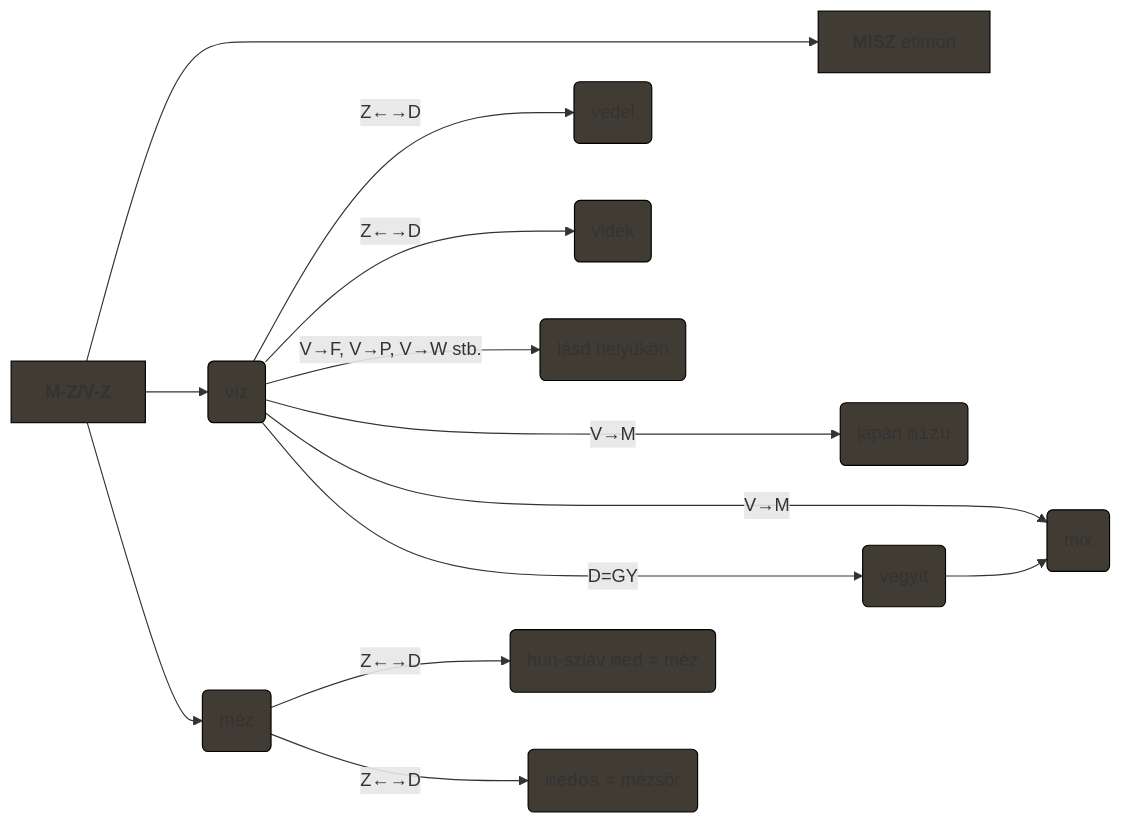
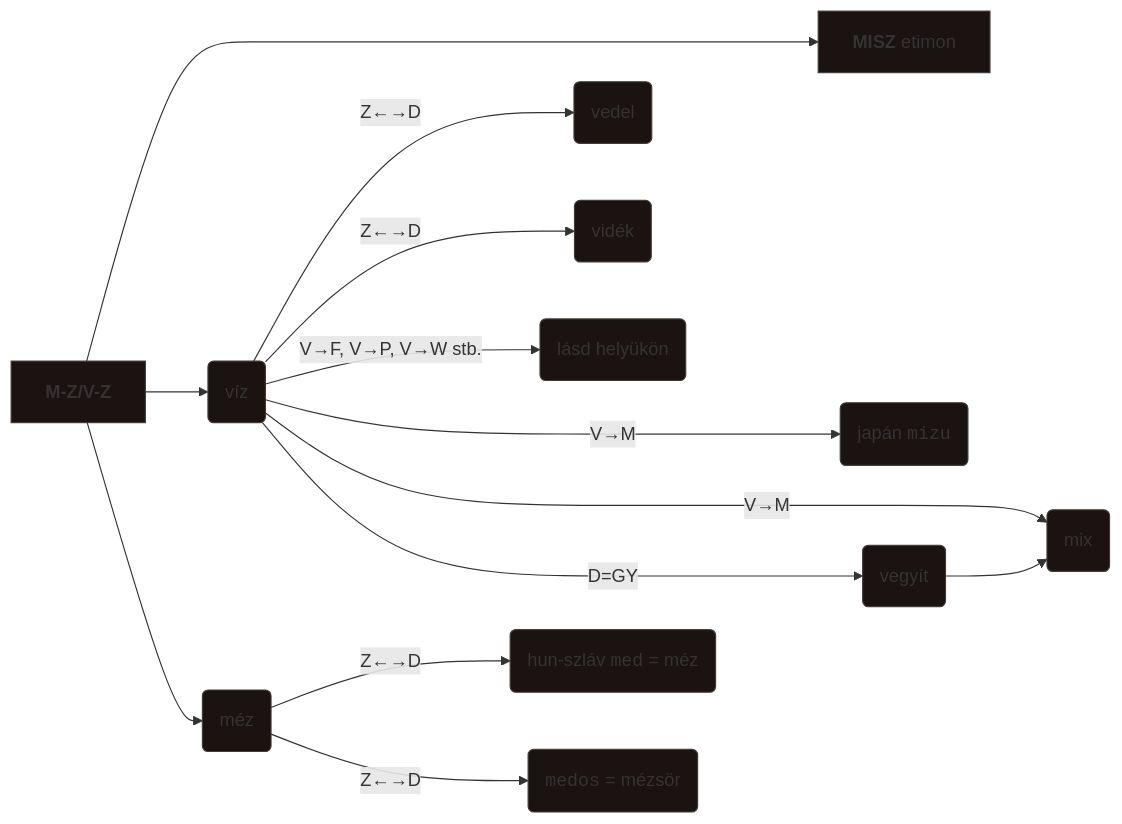
Before and after one commit to zanodor/TUDDASSTTARR: the diagram in src/site/notes/M/Méz.md, drawn with Mermaid.

Commit message:
Update content src/site/notes/M/Méz.md

````diff
--- a/src/site/notes/M/Méz.md
+++ b/src/site/notes/M/Méz.md
@@ -15,25 +15,25 @@
 ```mermaid
 flowchart LR
 head["<b>M-Z/V-Z</b>"]
 lvl2_0["<b>MISZ</b> etimon"]
 lvl2_a("víz")
 lvl2_b("méz")
 lvl3_a("vedel")
 lvl3_b("vidék")
 lvl3_c("hun-szláv <code>med</code> = méz")
 lvl3_d("<code>medos</code> = mézsör")
 
 head ----> lvl2_0
 head --> lvl2_a & lvl2_b
 lvl2_a -- "Z←→D" -->  lvl3_a & lvl3_b
 lvl2_a -- "V→F, V→P, V→W stb." -->  lvl3_x("lásd helyükön")
 lvl2_b -- "Z←→D" -->  lvl3_c & lvl3_d
 lvl2_a -- "V→M" ---> lvl3_e("japán <code>mizu</code>")
 lvl2_a -- "V→M" ---> lvl3_f("mix")
 lvl2_a -- "D=GY" ---> lvl3_g("vegyít")
 lvl3_g --> lvl3_f
 
-classDef fillStyle fill:#403c34,stroke:#000000,stroke-width:1px,stroke-dasharray: 0;
+classDef fillStyle fill:#1b1212,stroke:#403c34,stroke-width:1px,stroke-dasharray: 0;
 class head,lvl2_0,lvl2_a,lvl2_b,lvl3_a,lvl3_b,lvl3_c,lvl3_d,lvl3_e,lvl3_f,lvl3_g,lvl3_x fillStyle;
 class lvl2_a,lvl2_b,lvl3_a,lvl3_b,lvl3_f internal-link;
 ```
````
